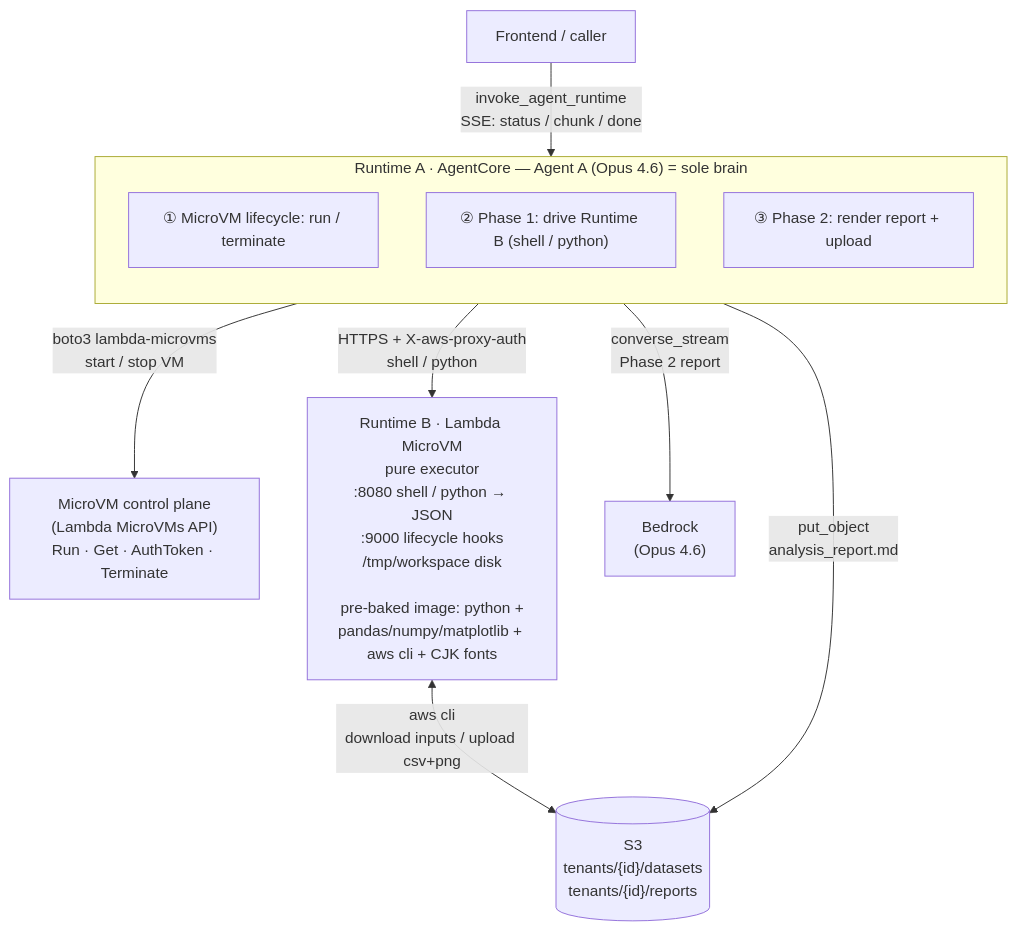
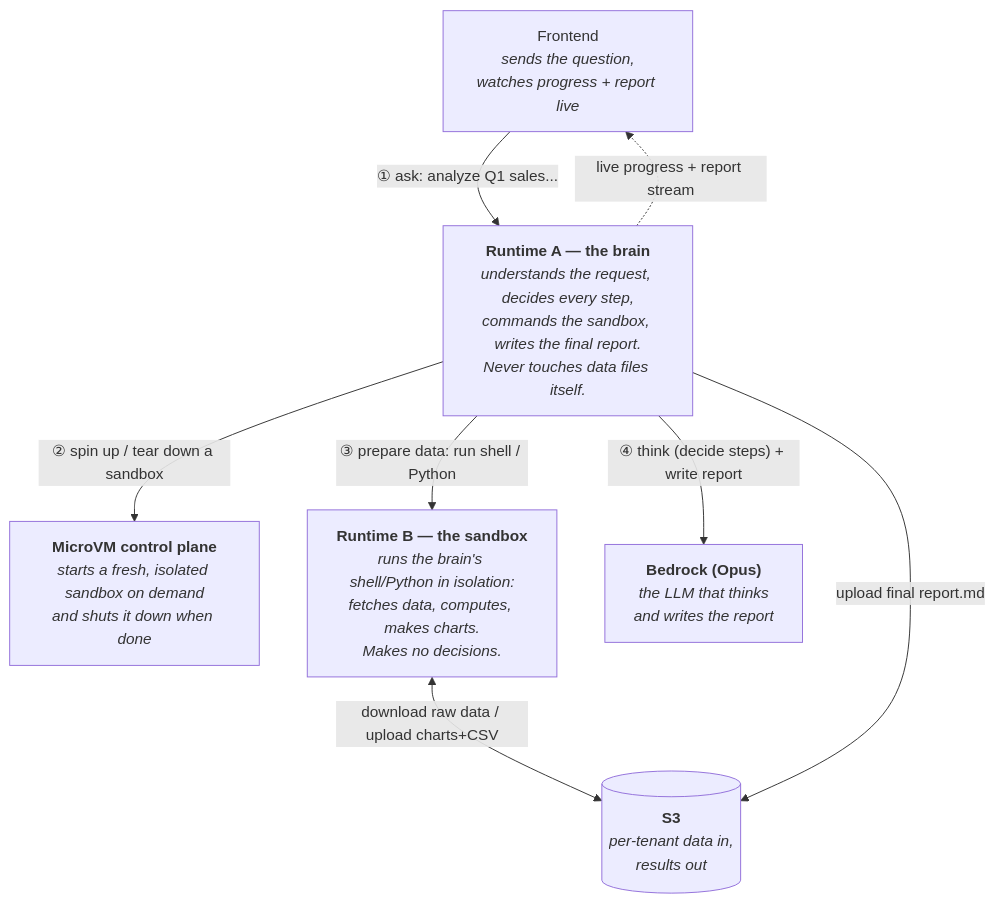
Before and after one commit to jansony1/agentcore-runtime-data-persistence-demo: the diagram in README.md, drawn with Mermaid. The commit also changed other lines of this file and 1 other file, not shown here.

Commit message:
Make architecture diagrams readable: describe what each box does, drop jargon
The diagrams piled implementation details (ports, JSON, file paths) into the
boxes and used internal "Phase 1 / Phase 2" jargon nobody outside the code
understands. Rewritten so:
- each box states its responsibility in one plain sentence (brain / sandbox /
  control plane / Bedrock / S3)
- each arrow is a plain action (ask / start-stop sandbox / prepare data /
  reason + write report)
- "Phase 1/2" replaced with "prepare data" / "write report" everywhere
- ports/protocols/API names moved to a lookup table below each diagram

````diff
--- a/README.md
+++ b/README.md
@@ -14,23 +16,22 @@
 ```mermaid
 flowchart TB
-    FE["Frontend / caller"]
+    FE["Frontend<br/><i>sends the question,<br/>watches progress + report live</i>"]
 
-    subgraph RA["Runtime A · AgentCore — Agent A (Opus 4.6) = sole brain"]
-        direction TB
-        L["① MicroVM lifecycle: run / terminate"]
-        P1["② Phase 1: drive Runtime B (shell / python)"]
-        P2["③ Phase 2: render report + upload"]
-    end
+    RA["<b>Runtime A — the brain</b><br/><i>understands the request, decides every step,<br/>commands the sandbox, writes the final report.<br/>Never touches data files itself.</i>"]
 
-    CP["MicroVM control plane<br/>(Lambda MicroVMs API)<br/>Run · Get · AuthToken · Terminate"]
-    RB["Runtime B · Lambda MicroVM<br/>pure executor<br/>:8080 shell / python → JSON<br/>:9000 lifecycle hooks<br/>/tmp/workspace disk<br/><br/>pre-baked image: python +<br/>pandas/numpy/matplotlib + aws cli + CJK fonts"]
-    BR["Bedrock<br/>(Opus 4.6)"]
-    S3[("S3<br/>tenants/{id}/datasets<br/>tenants/{id}/reports")]
+    CP["<b>MicroVM control plane</b><br/><i>starts a fresh, isolated sandbox on demand<br/>and shuts it down when done</i>"]
 
-    FE -->|"invoke_agent_runtime<br/>SSE: status / chunk / done"| RA
-    RA -->|"boto3 lambda-microvms<br/>start / stop VM"| CP
-    RA -->|"HTTPS + X-aws-proxy-auth<br/>shell / python"| RB
-    RA -->|"converse_stream<br/>Phase 2 report"| BR
-    RB <-->|"aws cli<br/>download inputs / upload csv+png"| S3
-    RA -->|"put_object<br/>analysis_report.md"| S3
+    RB["<b>Runtime B — the sandbox</b><br/><i>runs the brain's shell/Python in isolation:<br/>fetches data, computes, makes charts.<br/>Makes no decisions.</i>"]
+
+    BR["<b>Bedrock (Opus)</b><br/><i>the LLM that thinks<br/>and writes the report</i>"]
+
+    S3[("<b>S3</b><br/><i>per-tenant data in,<br/>results out</i>")]
+
+    FE -->|"① ask: analyze Q1 sales..."| RA
+    RA -->|"② spin up / tear down a sandbox"| CP
+    RA -->|"③ prepare data: run shell / Python"| RB
+    RA -->|"④ think (decide steps) + write report"| BR
+    RB <-->|"download raw data / upload charts+CSV"| S3
+    RA -->|"upload final report.md"| S3
+    RA -.->|"live progress + report stream"| FE
 ```
````
